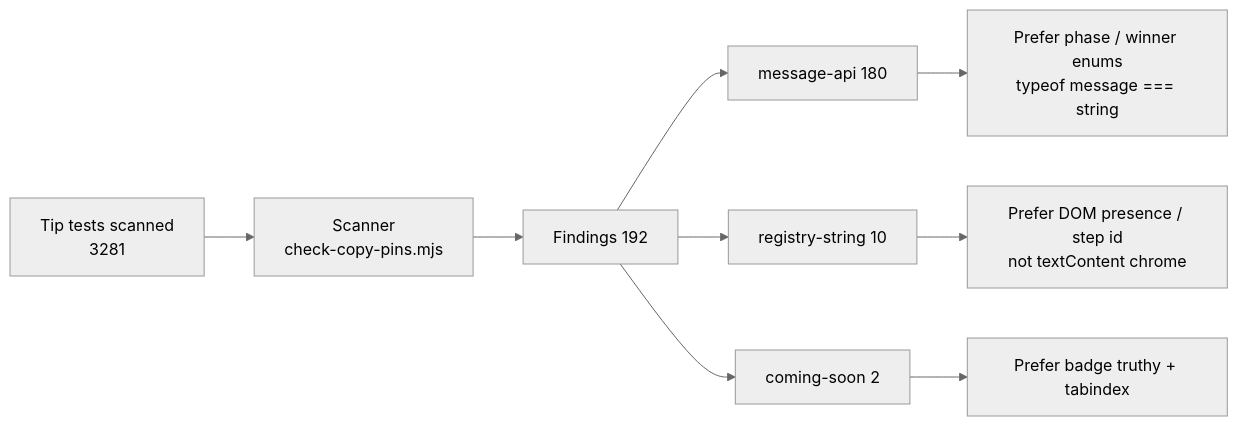
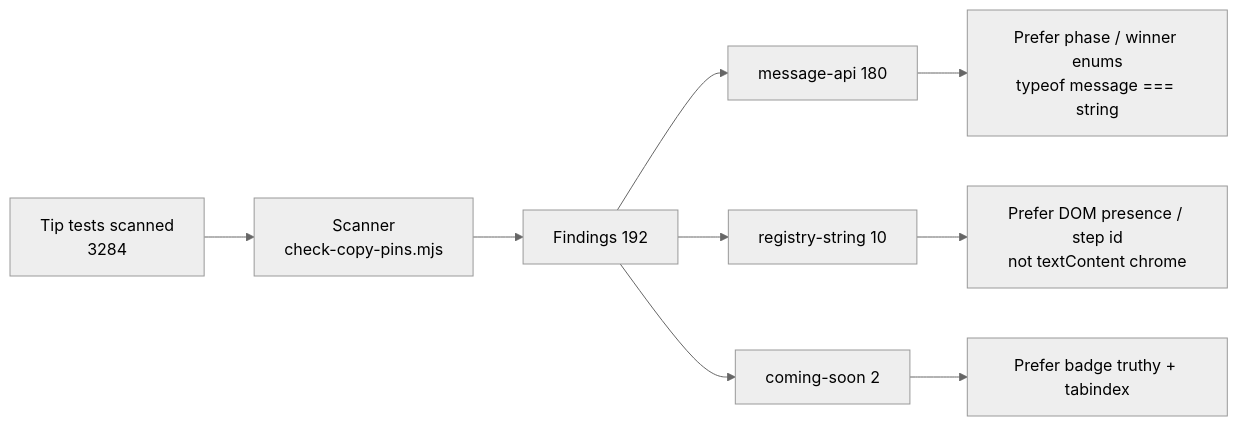
Before and after one commit to fuzzywigg/math-pentathlon: the second of 2 diagrams in docs/dev/copy-pins-residual-inventory-post898-2026-10-10.md, drawn with Mermaid. The commit also changed other lines of this file and 2 other files, not shown here.

First line of the commit message:
docs(q-mp-443): remeasure copy-pins inventory after tip folds

````diff
--- a/docs/dev/copy-pins-residual-inventory-post898-2026-10-10.md
+++ b/docs/dev/copy-pins-residual-inventory-post898-2026-10-10.md
@@ -77,12 +77,12 @@
 ```mermaid
 %%{init: {"theme": "neutral"}}%%
 flowchart LR
-  A["Tip tests scanned<br/>3281"] --> B["Scanner<br/>check-copy-pins.mjs"]
+  A["Tip tests scanned<br/>3284"] --> B["Scanner<br/>check-copy-pins.mjs"]
   B --> C["Findings 192"]
   C --> D["message-api 180"]
   C --> E["registry-string 10"]
   C --> F["coming-soon 2"]
   D --> G["Prefer phase / winner enums<br/>typeof message === string"]
   E --> H["Prefer DOM presence / step id<br/>not textContent chrome"]
   F --> I["Prefer badge truthy + tabindex"]
 ```
````
